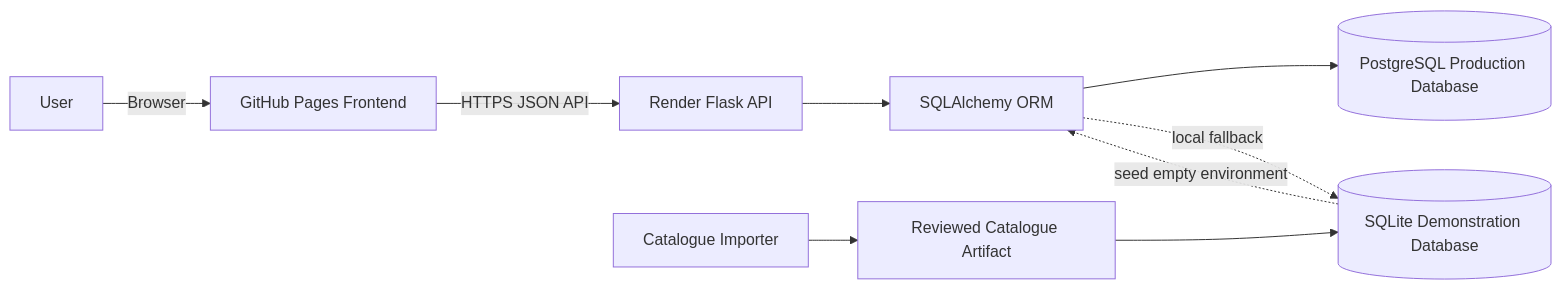
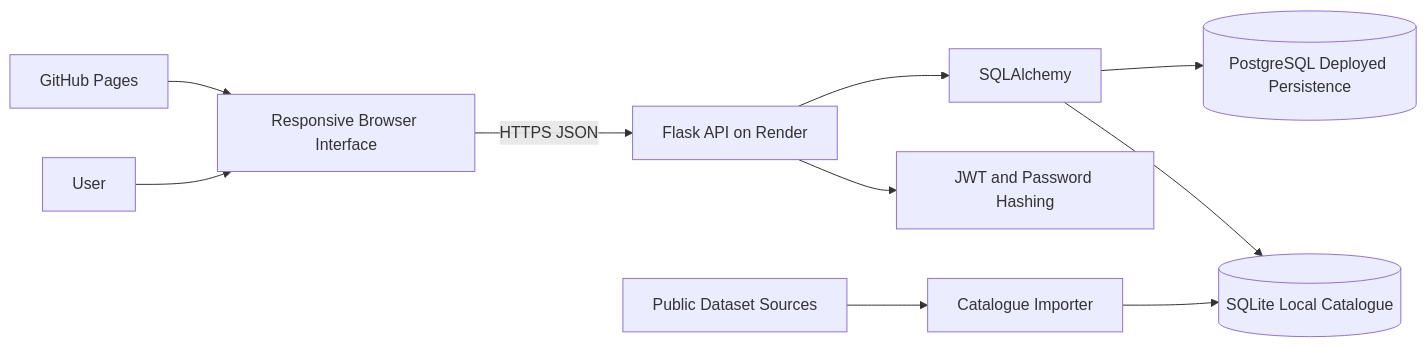
One commit to Chu-Junjie/CP3407-PROJECT changed the first of 4 diagrams in docs/v3-design-and-architecture.md. Above: the diagram before and after it, drawn with Mermaid. The commit also changed other lines of this file, not shown here.

Commit message:
docs: assign architecture sections to named reviewers

````diff
--- a/docs/v3-design-and-architecture.md
+++ b/docs/v3-design-and-architecture.md
@@ -16,11 +25,23 @@
 ```mermaid
 flowchart LR
-    U[User] -->|Browser| F[GitHub Pages Frontend]
-    F -->|HTTPS JSON API| A[Render Flask API]
-    A --> O[SQLAlchemy ORM]
-    O --> D[(PostgreSQL Production Database)]
-    O -. local fallback .-> S[(SQLite Demonstration Database)]
-    I[Catalogue Importer] --> C[Reviewed Catalogue Artifact]
-    C --> S
-    S -. seed empty environment .-> O
+    User[User]
+    UI[Responsive Browser Interface]
+    Pages[GitHub Pages]
+    API[Flask API on Render]
+    Auth[JWT and Password Hashing]
+    ORM[SQLAlchemy]
+    SQLite[(SQLite Local Catalogue)]
+    PostgreSQL[(PostgreSQL Deployed Persistence)]
+    Importer[Catalogue Importer]
+    Sources[Public Dataset Sources]
+
+    User --> UI
+    Pages --> UI
+    UI -->|HTTPS JSON| API
+    API --> Auth
+    API --> ORM
+    ORM --> SQLite
+    ORM --> PostgreSQL
+    Sources --> Importer
+    Importer --> SQLite
 ```
````
